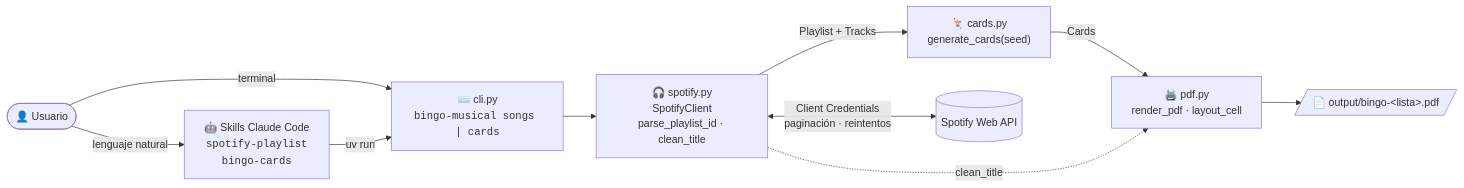
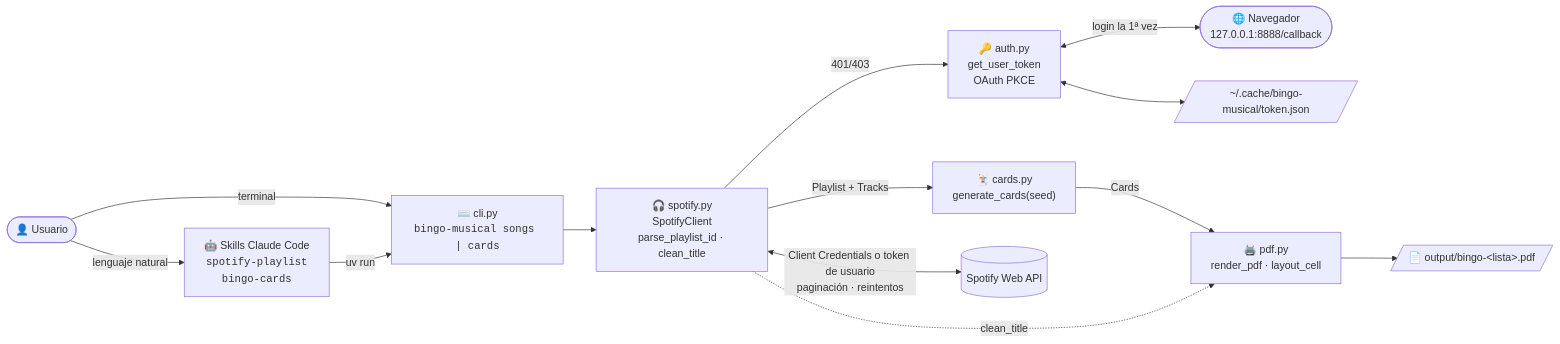
The first of 2 diagrams in README.md (pedro-poveda/bingo-musical), drawn with Mermaid before and after one commit. The commit also changed other lines of this file and 3 other files, not shown here.

First line of the commit message:
Login OAuth PKCE cuando Client Credentials no basta para leer canciones

````diff
--- a/README.md
+++ b/README.md
@@ -151,21 +169,27 @@
 ```mermaid
 flowchart LR
     user(["👤 Usuario"])
     skills["🤖 Skills Claude Code<br/><code>spotify-playlist</code><br/><code>bingo-cards</code>"]
     cli["⌨️ cli.py<br/><code>bingo-musical songs | cards</code>"]
     spotify["🎧 spotify.py<br/>SpotifyClient<br/>parse_playlist_id · clean_title"]
+    auth["🔑 auth.py<br/>get_user_token<br/>OAuth PKCE"]
+    browser(["🌐 Navegador<br/>127.0.0.1:8888/callback"])
+    cache[/"~/.cache/bingo-musical/token.json"/]
     cards["🃏 cards.py<br/>generate_cards(seed)"]
     pdf["🖨️ pdf.py<br/>render_pdf · layout_cell"]
     api[("Spotify Web API")]
     out[/"📄 output/bingo-&lt;lista&gt;.pdf"/]
 
     user -->|lenguaje natural| skills
     user -->|terminal| cli
     skills -->|uv run| cli
     cli --> spotify
-    spotify <-->|Client Credentials<br/>paginación · reintentos| api
+    spotify <-->|Client Credentials o token de usuario<br/>paginación · reintentos| api
+    spotify -->|401/403| auth
+    auth <-->|login la 1ª vez| browser
+    auth <--> cache
     spotify -->|Playlist + Tracks| cards
     cards -->|Cards| pdf
     spotify -. clean_title .-> pdf
     pdf --> out
 ```
````
